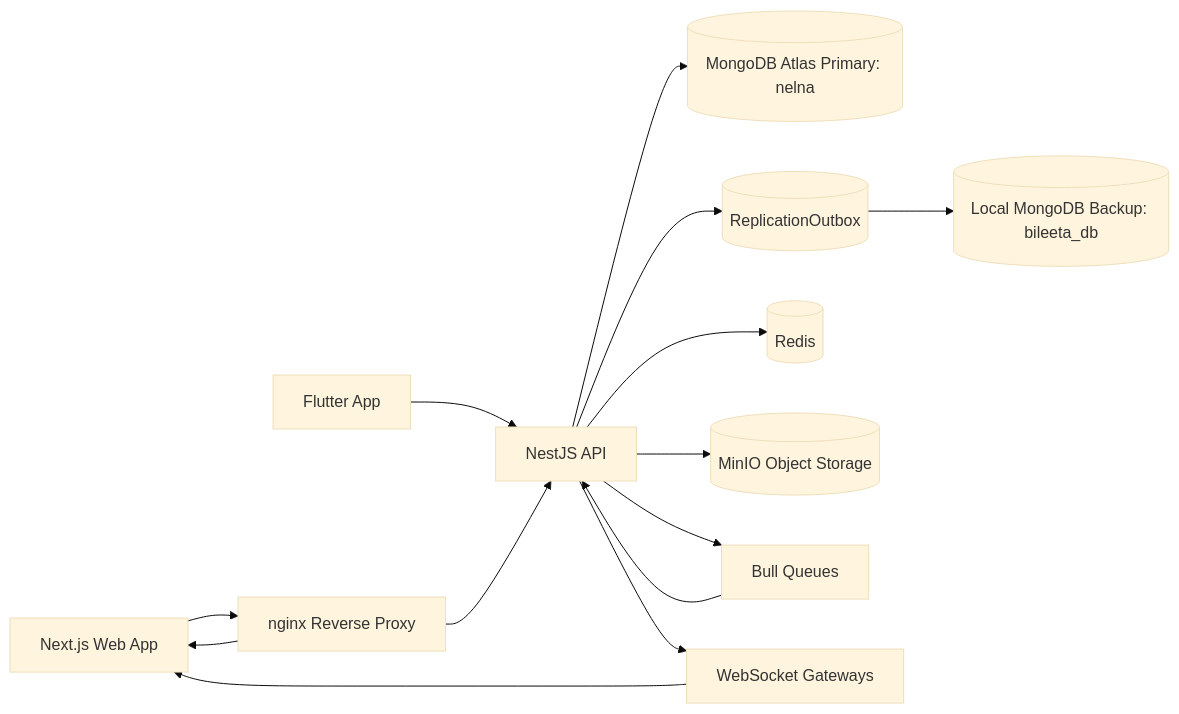
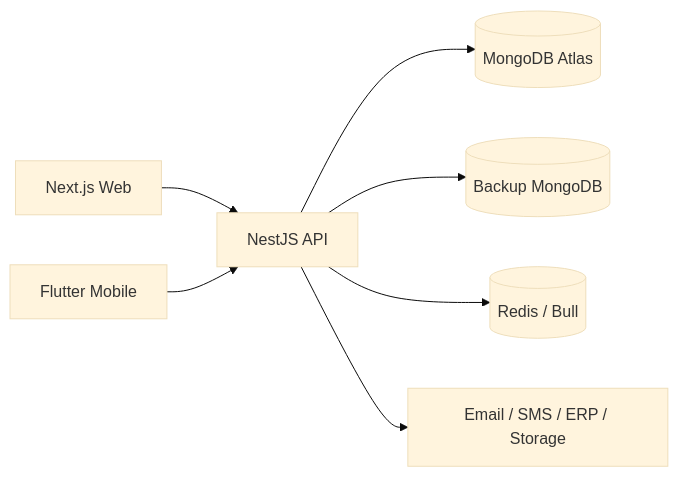
Before and after one commit to jkchinthaka/newmone: the diagram in maintainpro/README.md, drawn with Mermaid (base theme). The commit also changed other lines of this file and 16 other files, not shown here.

Commit message:
enterprise readiness polish: strengthen MVP flow, security, dashboards, docs and production roadmap

````diff
--- a/maintainpro/README.md
+++ b/maintainpro/README.md
@@ -16,16 +59,9 @@
 ```mermaid
 flowchart LR
-  Web[Next.js Web App] --> Nginx[nginx Reverse Proxy]
-  Mobile[Flutter App] --> API[NestJS API]
-  Nginx --> API
-  Nginx --> Web
-  API --> Atlas[(MongoDB Atlas Primary: nelna)]
-  API --> Outbox[(ReplicationOutbox)]
-  Outbox --> Backup[(Local MongoDB Backup: bileeta_db)]
-  API --> Redis[(Redis)]
-  API --> MinIO[(MinIO Object Storage)]
-  API --> Queue[Bull Queues]
-  Queue --> API
-  API --> WS[WebSocket Gateways]
-  WS --> Web
+  Web[Next.js Web] --> API[NestJS API]
+  Mobile[Flutter Mobile] --> API
+  API --> Atlas[(MongoDB Atlas)]
+  API --> Backup[(Backup MongoDB)]
+  API --> Redis[(Redis / Bull)]
+  API --> Integrations[Email / SMS / ERP / Storage]
 ```
````
